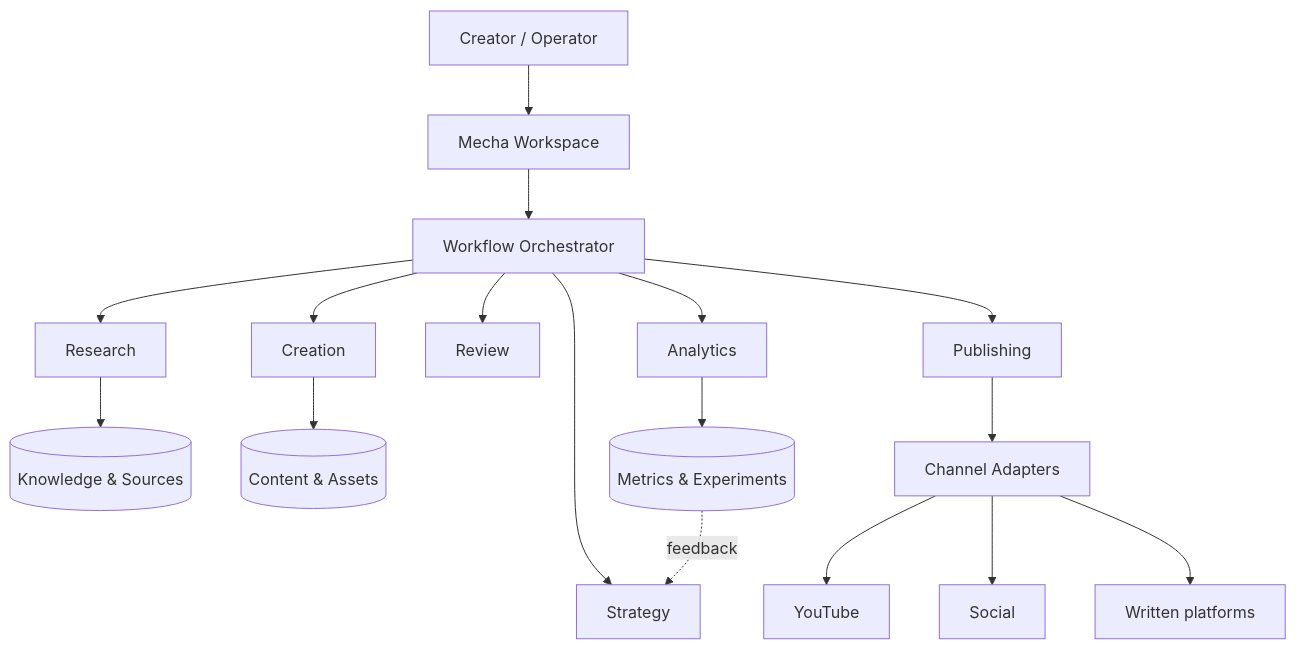
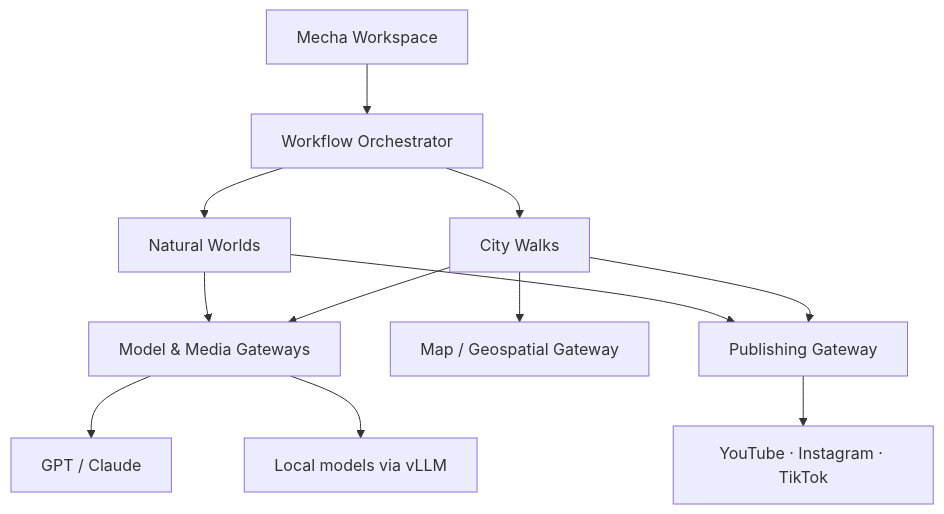
The second of 2 diagrams in README.md (panurjoma/Mecha), drawn with Mermaid before and after one commit. The commit also changed other lines of this file, not shown here.

Commit message:
docs: present Mecha content products and platform

````diff
--- a/README.md
+++ b/README.md
@@ -83,19 +49,14 @@
 ```mermaid
 flowchart TB
-    H["Creator / Operator"] --> W["Mecha Workspace"]
-    W --> O["Workflow Orchestrator"]
-    O --> RE["Research"]
-    O --> ST["Strategy"]
-    O --> CR["Creation"]
-    O --> RV["Review"]
-    O --> PU["Publishing"]
-    O --> AN["Analytics"]
-    RE --> K[("Knowledge & Sources")]
-    CR --> AS[("Content & Assets")]
-    PU --> CH["Channel Adapters"]
-    CH --> YT["YouTube"]
-    CH --> SO["Social"]
-    CH --> WR["Written platforms"]
-    AN --> MT[("Metrics & Experiments")]
-    MT -. feedback .-> ST
+    W["Mecha Workspace"] --> O["Workflow Orchestrator"]
+    O --> N["Natural Worlds"]
+    O --> C["City Walks"]
+    N --> G["Model & Media Gateways"]
+    C --> G
+    C --> M["Map / Geospatial Gateway"]
+    G --> H["GPT / Claude"]
+    G --> L["Local models via vLLM"]
+    N --> P["Publishing Gateway"]
+    C --> P
+    P --> S["YouTube · Instagram · TikTok"]
 ```
````
